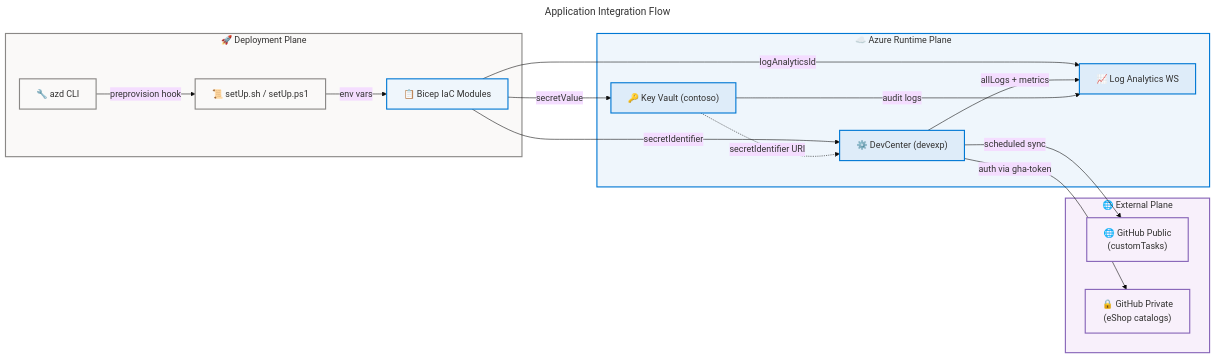
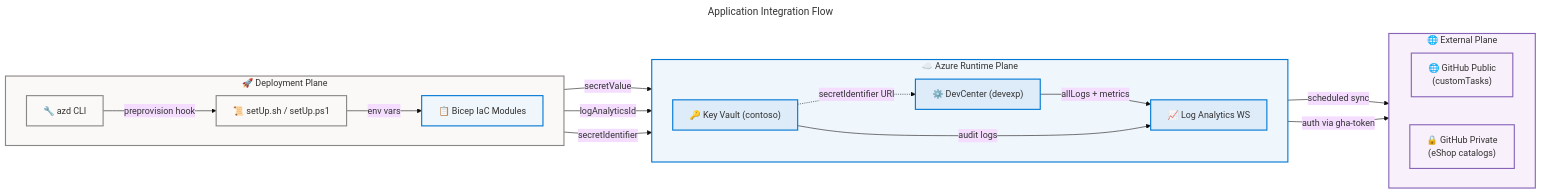
Before and after one commit to Evilazaro/DevExp-DevBox: the third of 3 diagrams in docs/architecture/app-arch.md, drawn with Mermaid. The commit also changed other lines of this file, not shown here.

Commit message:
Refactor architecture diagrams to improve clarity and consistency in flow direction

````diff
--- a/docs/architecture/app-arch.md
+++ b/docs/architecture/app-arch.md
@@ -935,64 +943,67 @@
 ```mermaid
 ---
 title: Application Integration Flow
 config:
   theme: base
   look: classic
   layout: dagre
   themeVariables:
     fontSize: '16px'
   flowchart:
     htmlLabels: true
 ---
 flowchart LR
     accTitle: Application Integration Flow
     accDescr: Deployment and runtime integration flows between application components and external services.
 
     %% ═══════════════════════════════════════════════════════════════════════════
     %% AZURE / FLUENT ARCHITECTURE PATTERN v2.0
     %% (Semantic + Structural + Font + Accessibility Governance)
     %% ═══════════════════════════════════════════════════════════════════════════
     %% PHASE 1 - FLUENT UI: All styling uses approved Fluent UI palette only
     %% PHASE 2 - GROUPS: Every subgraph has semantic color via style directive
     %% PHASE 3 - COMPONENTS: Every node has semantic classDef + icon prefix
     %% PHASE 4 - ACCESSIBILITY: accTitle/accDescr present, WCAG AA contrast
     %% PHASE 5 - STANDARD: Governance block present, classDefs centralized
     %% ═══════════════════════════════════════════════════════════════════════════
 
     subgraph DEPLOY ["🚀 Deployment Plane"]
+        direction LR
         AZD["🔧 azd CLI"]:::tool
         SCRIPTS["📜 setUp.sh / setUp.ps1"]:::tool
         BICEP["📋 Bicep IaC Modules"]:::module
     end
 
     subgraph RUNTIME ["☁️ Azure Runtime Plane"]
+        direction LR
         DC_R["⚙️ DevCenter (devexp)"]:::azure
         KV_R["🔑 Key Vault (contoso)"]:::azure
         LA_R["📈 Log Analytics WS"]:::azure
     end
 
     subgraph EXTERNAL ["🌐 External Plane"]
+        direction LR
         GH_PUB["🌐 GitHub Public<br/>(customTasks)"]:::ext
         GH_PRIV["🔒 GitHub Private<br/>(eShop catalogs)"]:::ext
     end
 
     AZD -->|"preprovision hook"| SCRIPTS
     SCRIPTS -->|"env vars"| BICEP
     BICEP -->|"secretValue"| KV_R
     BICEP -->|"logAnalyticsId"| LA_R
     BICEP -->|"secretIdentifier"| DC_R
     DC_R -->|"scheduled sync"| GH_PUB
     DC_R -->|"auth via gha-token"| GH_PRIV
     KV_R -.->|"secretIdentifier URI"| DC_R
     DC_R -->|"allLogs + metrics"| LA_R
     KV_R -->|"audit logs"| LA_R
 
     style DEPLOY fill:#FAF9F8,stroke:#8A8886,stroke-width:2px,color:#323130
     style RUNTIME fill:#EFF6FC,stroke:#0078D4,stroke-width:2px,color:#323130
     style EXTERNAL fill:#F8F0FB,stroke:#8764B8,stroke-width:2px,color:#323130
 
     classDef tool fill:#FAF9F8,stroke:#8A8886,stroke-width:2px,color:#323130
     classDef module fill:#EFF6FC,stroke:#0078D4,stroke-width:2px,color:#323130
     classDef azure fill:#DEECF9,stroke:#0078D4,stroke-width:2px,color:#323130
     classDef ext fill:#F8F0FB,stroke:#8764B8,stroke-width:2px,color:#323130
 ```
````
